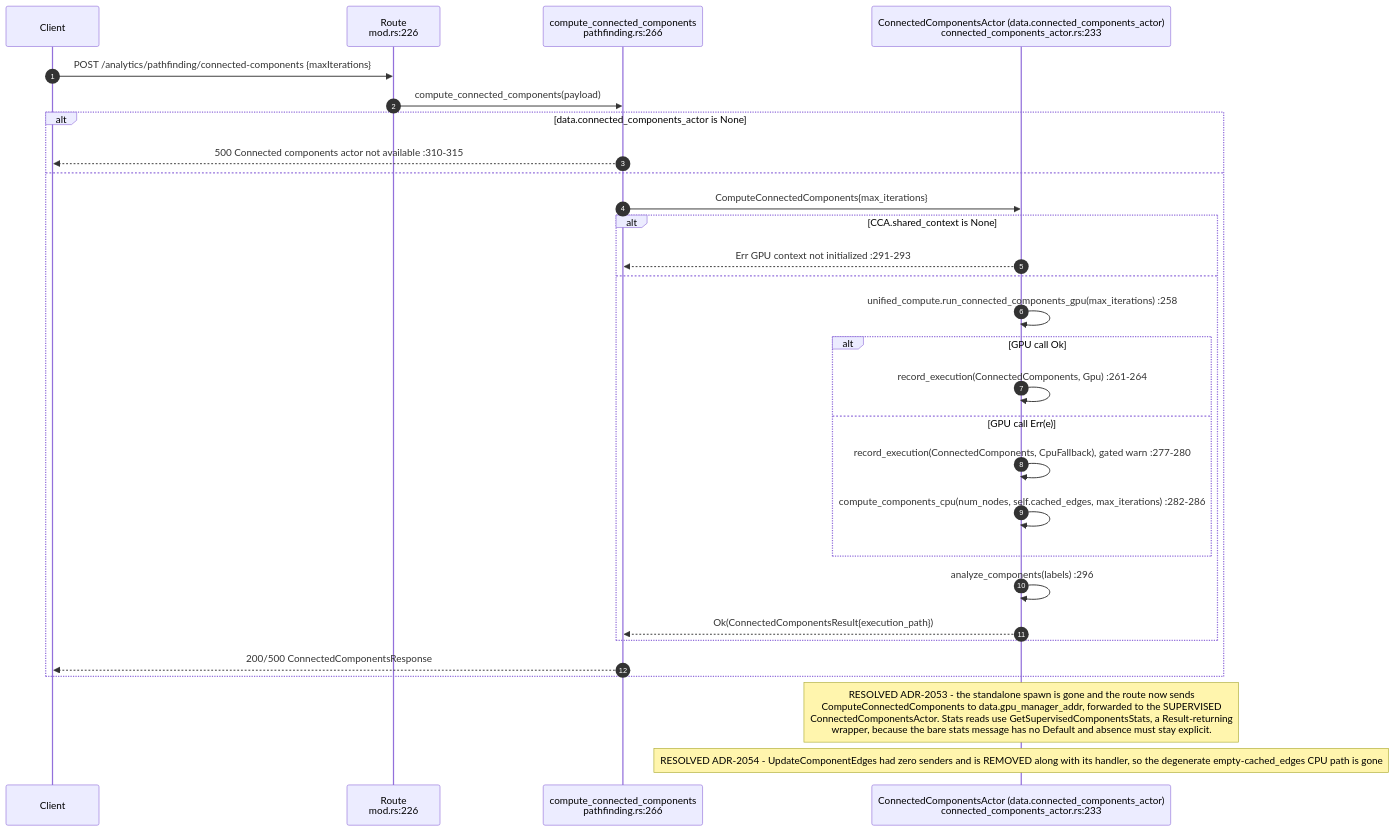
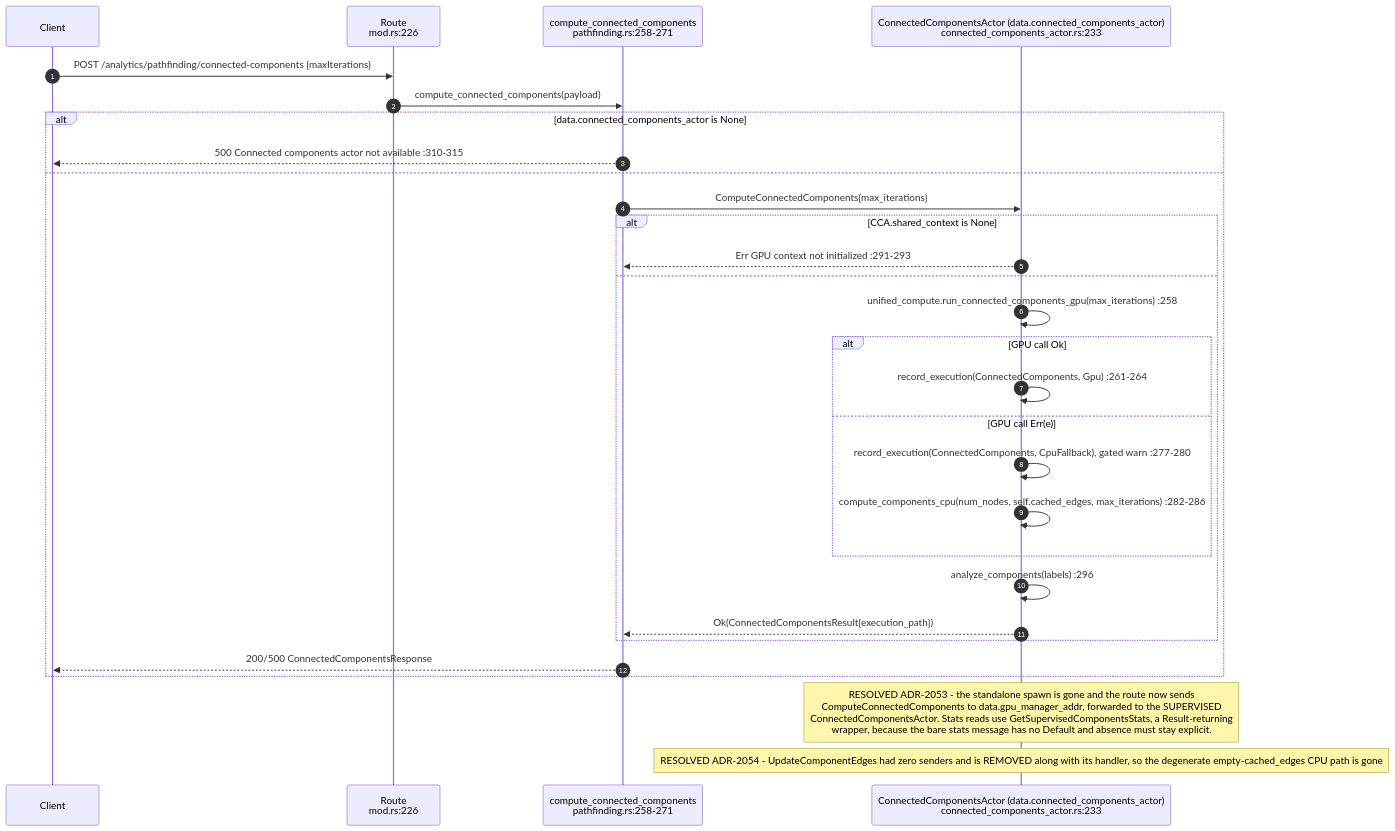
Before and after one commit to DreamLab-AI/AR-AI-Knowledge-Graph: the eighth of 13 diagrams in docs/diagrams/visionclaw/15-gpu-analytics.md, drawn with Mermaid. The commit also changed other lines of this file and 36 other files, not shown here.

````diff
--- a/docs/diagrams/visionclaw/15-gpu-analytics.md
+++ b/docs/diagrams/visionclaw/15-gpu-analytics.md
@@ -391,32 +391,32 @@
 ```mermaid
 sequenceDiagram
     autonumber
     participant C as Client
     participant RT as Route<br/>mod.rs:226
-    participant CC as compute_connected_components<br/>pathfinding.rs:266
+    participant CC as compute_connected_components<br/>pathfinding.rs:258-271
     participant CCA as ConnectedComponentsActor (data.connected_components_actor)<br/>connected_components_actor.rs:233
 
     C->>RT: POST /analytics/pathfinding/connected-components {maxIterations}
     RT->>CC: compute_connected_components(payload)
     alt data.connected_components_actor is None
         CC-->>C: 500 Connected components actor not available :310-315
     else
         CC->>CCA: ComputeConnectedComponents{max_iterations}
         alt CCA.shared_context is None
             CCA-->>CC: Err GPU context not initialized :291-293
         else
             CCA->>CCA: unified_compute.run_connected_components_gpu(max_iterations) :258
             alt GPU call Ok
                 CCA->>CCA: record_execution(ConnectedComponents, Gpu) :261-264
             else GPU call Err(e)
                 CCA->>CCA: record_execution(ConnectedComponents, CpuFallback), gated warn :277-280
                 CCA->>CCA: compute_components_cpu(num_nodes, self.cached_edges, max_iterations) :282-286
             end
             CCA->>CCA: analyze_components(labels) :296
             CCA-->>CC: Ok(ConnectedComponentsResult{execution_path})
         end
         CC-->>C: 200/500 ConnectedComponentsResponse
     end
     Note over CCA: RESOLVED ADR-2053 - the standalone spawn is gone and the route now sends<br/>ComputeConnectedComponents to data.gpu_manager_addr, forwarded to the SUPERVISED<br/>ConnectedComponentsActor. Stats reads use GetSupervisedComponentsStats, a Result-returning<br/>wrapper, because the bare stats message has no Default and absence must stay explicit.
     Note over CCA: RESOLVED ADR-2054 - UpdateComponentEdges had zero senders and is REMOVED along with its handler, so the degenerate empty-cached_edges CPU path is gone
 ```
````
